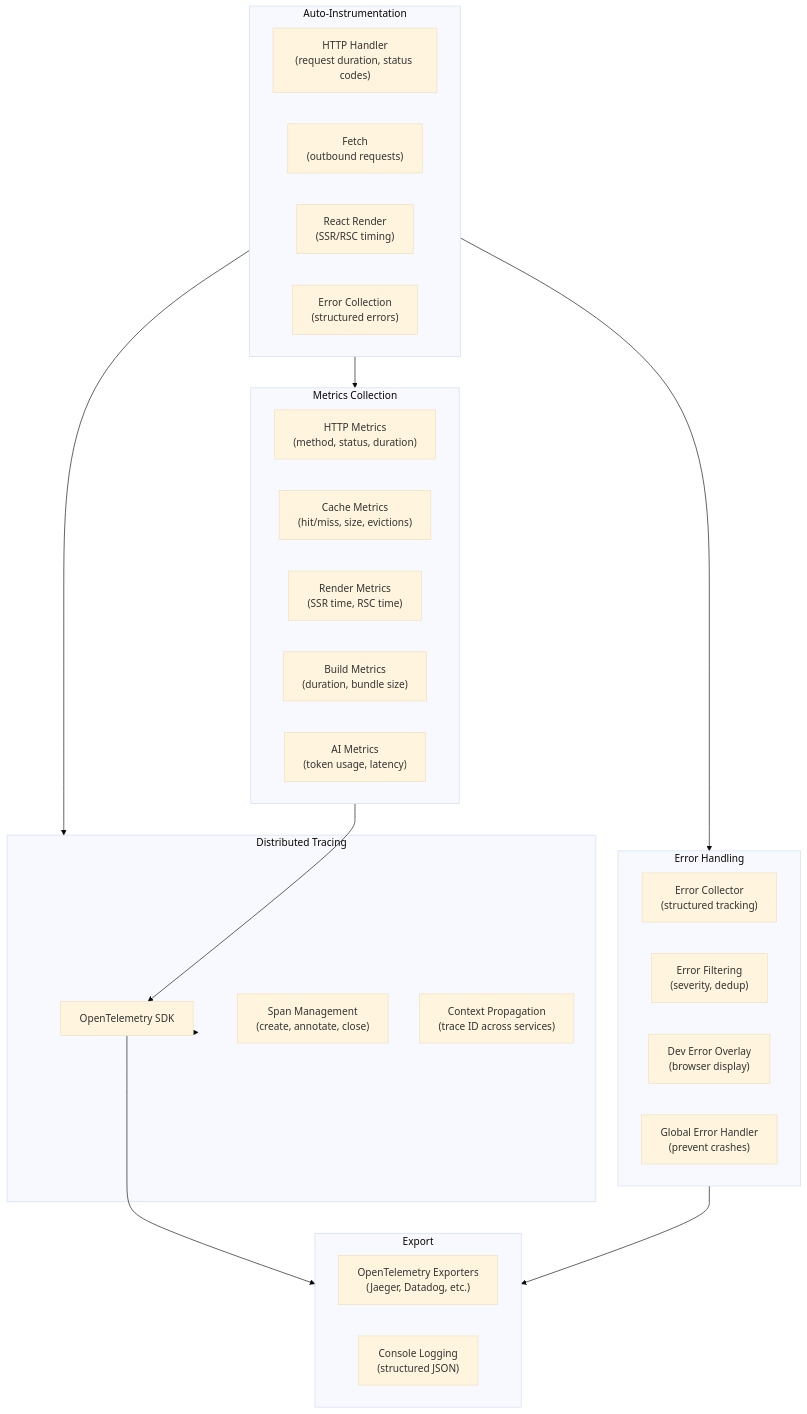
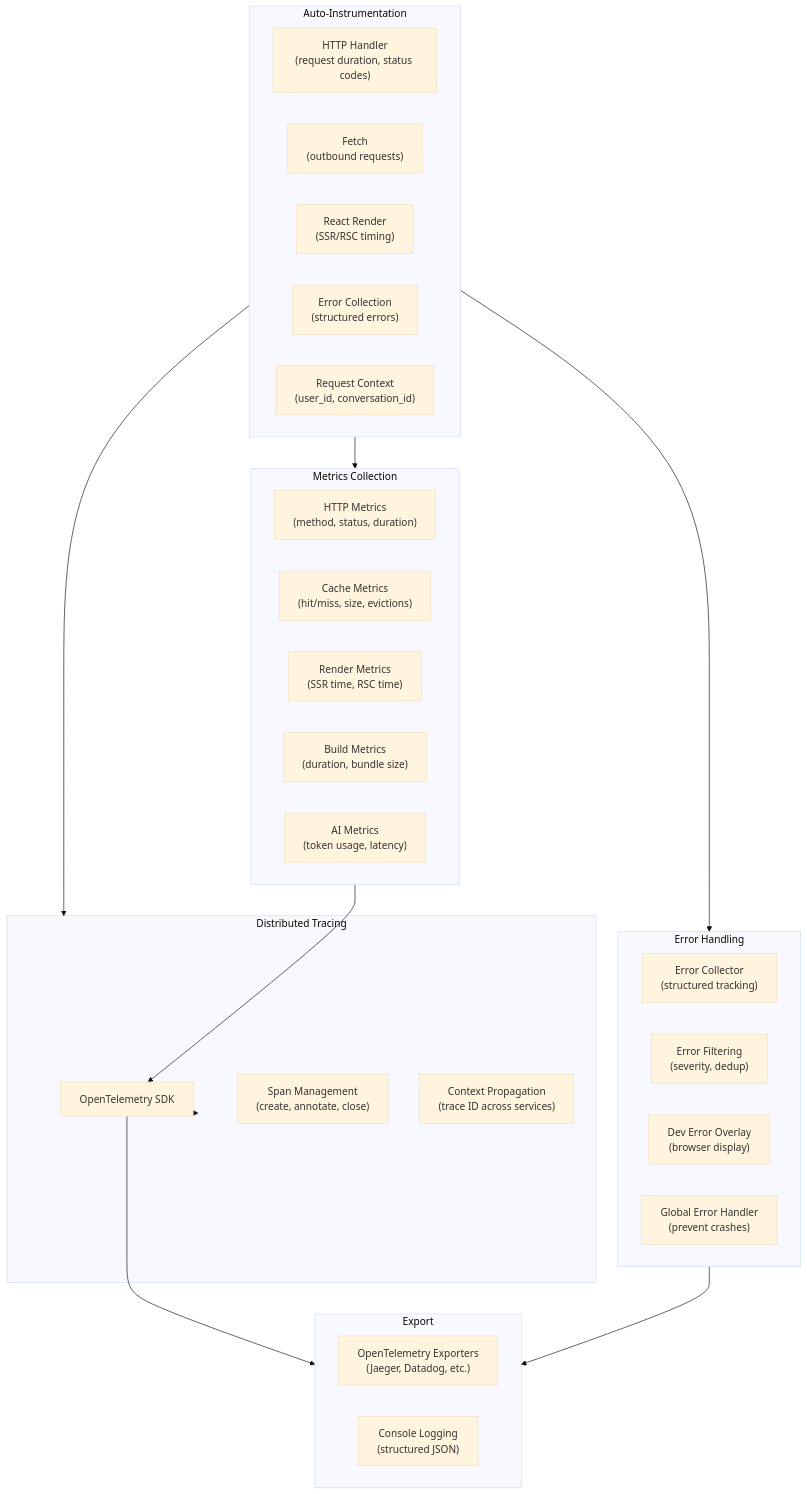
The third of 5 diagrams in docs/architecture/06-discovery-extensions.md (veryfront/veryfront-code), drawn with Mermaid (base theme) before and after one commit. The commit also changed other lines of this file and 2 other files, not shown here.

First line of the commit message:
docs: incorporate open PRs and issues into architecture diagrams

````diff
--- a/docs/architecture/06-discovery-extensions.md
+++ b/docs/architecture/06-discovery-extensions.md
@@ -148,44 +181,45 @@
 ```mermaid
 graph TB
     subgraph Instrumentation["Auto-Instrumentation"]
         HTTPInstr["HTTP Handler<br/>(request duration, status codes)"]
         FetchInstr["Fetch<br/>(outbound requests)"]
         RenderInstr["React Render<br/>(SSR/RSC timing)"]
         ErrorInstr["Error Collection<br/>(structured errors)"]
+        ReqCtx["Request Context<br/>(user_id, conversation_id)"]
     end
 
     subgraph Tracing["Distributed Tracing"]
         OTel["OpenTelemetry SDK"]
         Spans["Span Management<br/>(create, annotate, close)"]
         PropCtx["Context Propagation<br/>(trace ID across services)"]
     end
 
     subgraph Metrics["Metrics Collection"]
         HTTPMetrics["HTTP Metrics<br/>(method, status, duration)"]
         CacheMetrics["Cache Metrics<br/>(hit/miss, size, evictions)"]
         RenderMetrics["Render Metrics<br/>(SSR time, RSC time)"]
         BuildMetrics["Build Metrics<br/>(duration, bundle size)"]
         AIMetrics["AI Metrics<br/>(token usage, latency)"]
     end
 
     subgraph ErrorHandling["Error Handling"]
         Collector["Error Collector<br/>(structured tracking)"]
         Filter["Error Filtering<br/>(severity, dedup)"]
         DevOverlay["Dev Error Overlay<br/>(browser display)"]
         GlobalHandler["Global Error Handler<br/>(prevent crashes)"]
     end
 
     subgraph Export["Export"]
         OTelExport["OpenTelemetry Exporters<br/>(Jaeger, Datadog, etc.)"]
         Console["Console Logging<br/>(structured JSON)"]
     end
 
     Instrumentation --> Tracing
     Instrumentation --> Metrics
     Instrumentation --> ErrorHandling
 
     Tracing --> OTel
     Metrics --> OTel
     OTel --> Export
     ErrorHandling --> Export
 ```
````
